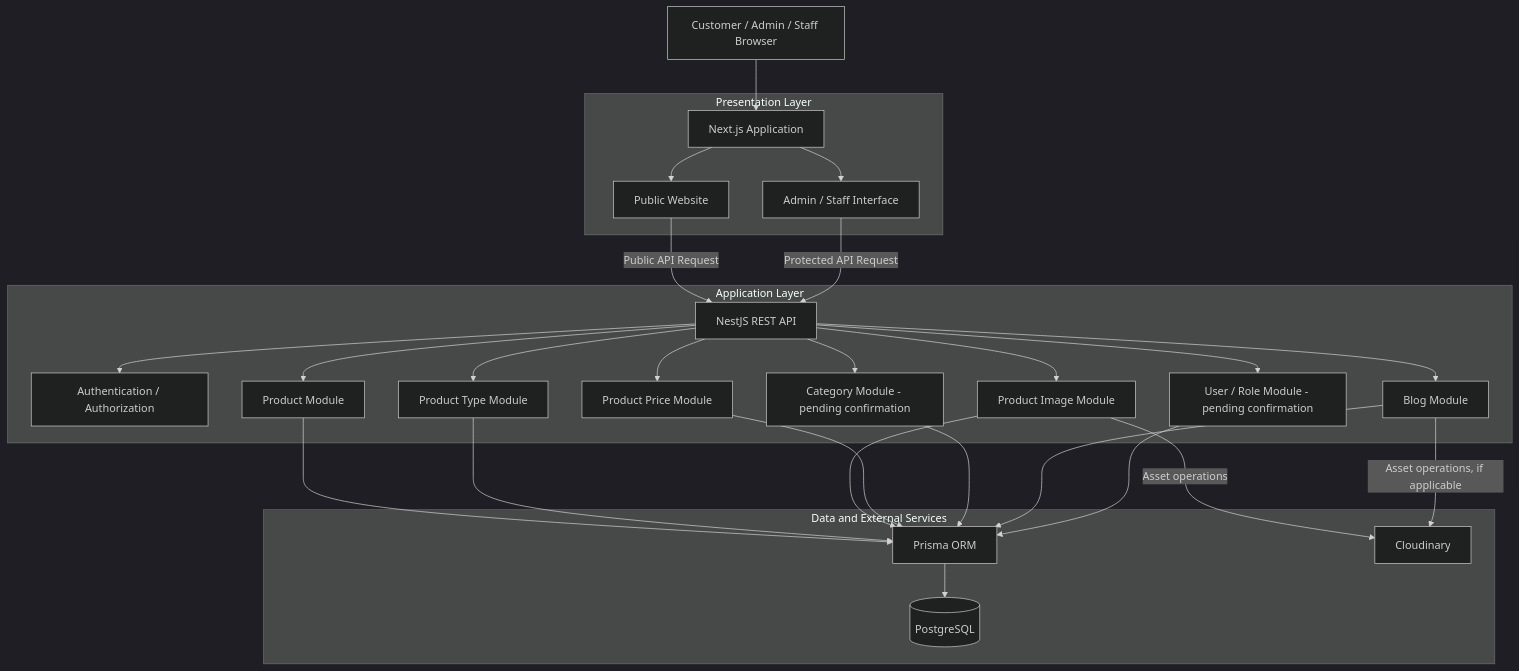
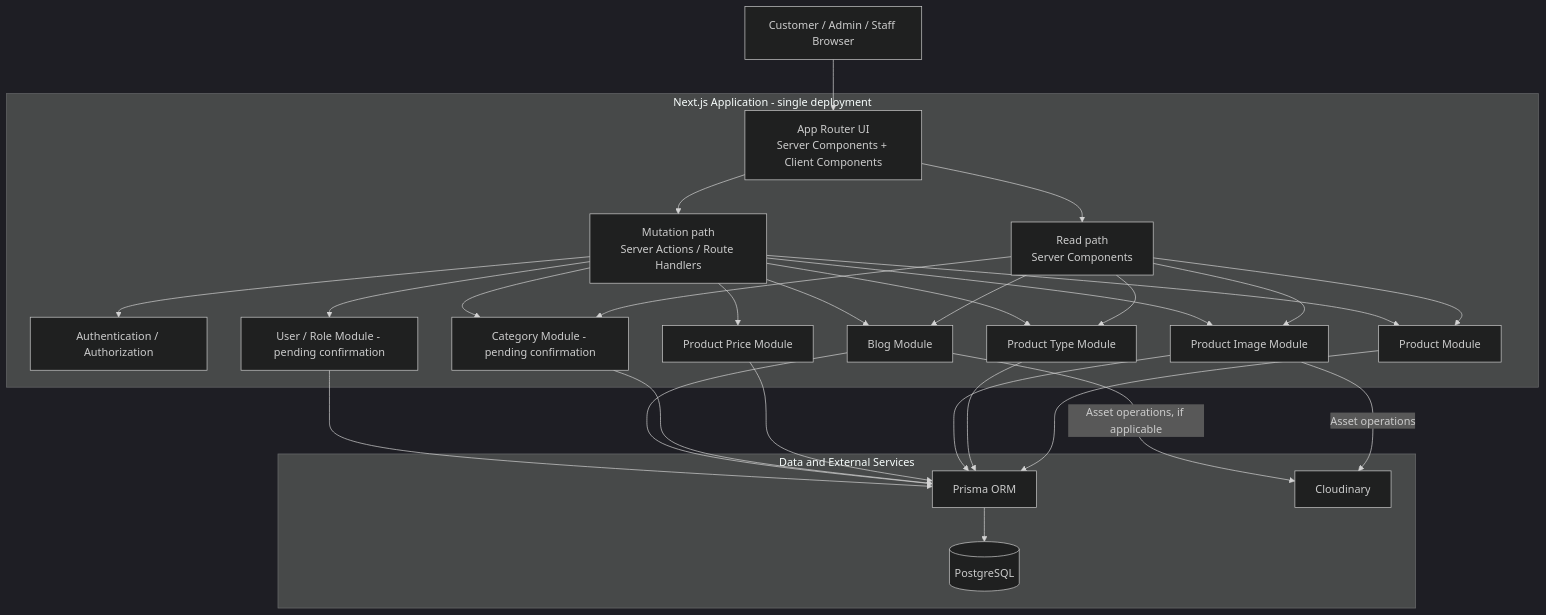
Before and after one commit to khanhtung2410/ant-jewelry: the first of 5 diagrams in docs/ARCHITECTURE.md, drawn with Mermaid (dark theme). The commit also changed other lines of this file and 2 other files, not shown here.

First line of the commit message:
docs: sitemap + single Next.js architecture (#8)

````diff
--- a/docs/ARCHITECTURE.md
+++ b/docs/ARCHITECTURE.md
@@ -272,55 +267,54 @@
 ```mermaid
 flowchart TB
     Browser[Customer / Admin / Staff Browser]
 
-    subgraph FE[Presentation Layer]
-        Next[Next.js Application]
-        PublicUI[Public Website]
-        AdminUI[Admin / Staff Interface]
-        Next --> PublicUI
-        Next --> AdminUI
-    end
-
-    subgraph APP[Application Layer]
-        API[NestJS REST API]
+    subgraph NEXT[Next.js Application - single deployment]
+        UI[App Router UI<br/>Server Components + Client Components]
+        Read[Read path<br/>Server Components]
+        Mutate[Mutation path<br/>Server Actions / Route Handlers]
         Auth[Authentication / Authorization]
         Product[Product Module]
         ProductType[Product Type Module]
         ProductImage[Product Image Module]
         ProductPrice[Product Price Module]
         Category[Category Module - pending confirmation]
         Blog[Blog Module]
         User[User / Role Module - pending confirmation]
 
-        API --> Auth
-        API --> Product
-        API --> ProductType
-        API --> ProductImage
-        API --> ProductPrice
-        API --> Category
-        API --> Blog
-        API --> User
+        UI --> Read
+        UI --> Mutate
+        Mutate --> Auth
+        Read --> Product
+        Read --> ProductType
+        Read --> ProductImage
+        Read --> Category
+        Read --> Blog
+        Mutate --> Product
+        Mutate --> ProductType
+        Mutate --> ProductImage
+        Mutate --> ProductPrice
+        Mutate --> Category
+        Mutate --> Blog
+        Mutate --> User
     end
 
     subgraph DATA[Data and External Services]
         Prisma[Prisma ORM]
         DB[(PostgreSQL)]
         Cloudinary[Cloudinary]
     end
 
-    Browser --> Next
-    PublicUI -->|Public API Request| API
-    AdminUI -->|Protected API Request| API
+    Browser --> UI
 
     Product --> Prisma
     ProductType --> Prisma
     ProductImage --> Prisma
     ProductPrice --> Prisma
     Category --> Prisma
     Blog --> Prisma
     User --> Prisma
 
     Prisma --> DB
     ProductImage -->|Asset operations| Cloudinary
     Blog -->|Asset operations, if applicable| Cloudinary
 ```
````
